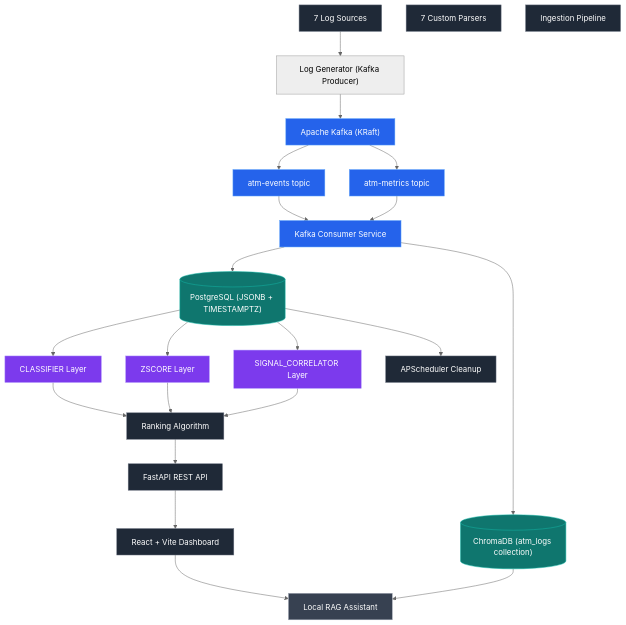
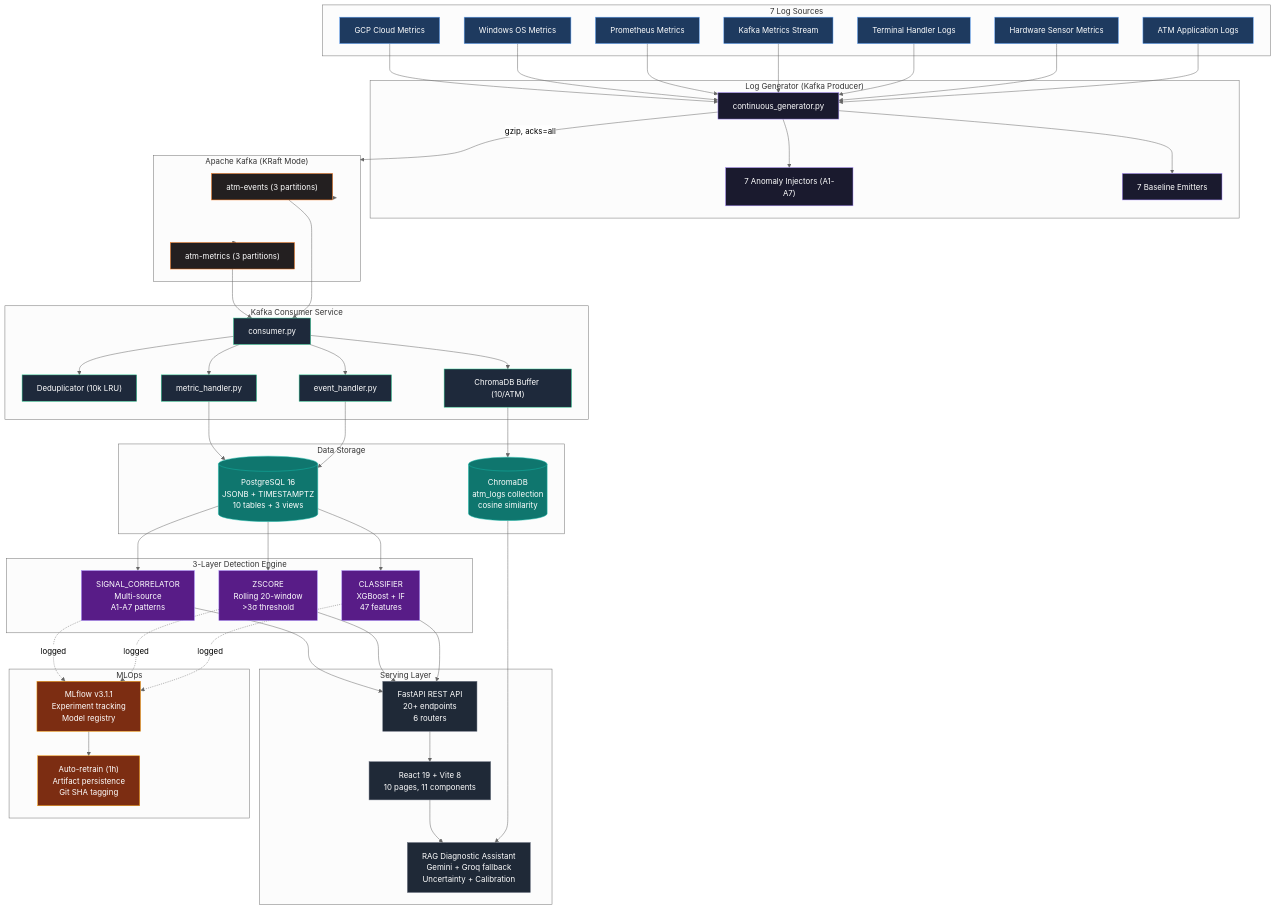
Before and after one commit to AhmedIkram05/laad: the first of 9 diagrams in README.md, drawn with Mermaid (neutral theme). The commit also changed other lines of this file, not shown here.

````diff
--- a/README.md
+++ b/README.md
@@ -50,51 +77,100 @@
 ```mermaid
 flowchart TD
-  S["7 Log Sources"]
-  G["Log Generator (Kafka Producer)"]
-  K["Apache Kafka (KRaft)"]
-  KS["atm-events topic"]
-  KM["atm-metrics topic"]
-  C["Kafka Consumer Service"]
-  P["7 Custom Parsers"]
-  I["Ingestion Pipeline"]
-    DB[("PostgreSQL (JSONB + TIMESTAMPTZ)")]
-  CDB[("ChromaDB (atm_logs collection)")]
-  CLS["CLASSIFIER Layer"]
-  ZSC["ZSCORE Layer"]
-  SCC["SIGNAL_CORRELATOR Layer"]
-  RK["Ranking Algorithm"]
-  CL["APScheduler Cleanup"]
-  API["FastAPI REST API"]
-  UI["React + Vite Dashboard"]
-  RAG["Local RAG Assistant"]
+  subgraph Sources ["7 Log Sources"]
+    S1["ATM Application Logs"]
+    S2["Hardware Sensor Metrics"]
+    S3["Terminal Handler Logs"]
+    S4["Kafka Metrics Stream"]
+    S5["Prometheus Metrics"]
+    S6["Windows OS Metrics"]
+    S7["GCP Cloud Metrics"]
+  end
 
-  S --> G
-  G --> K
-  K --> KS
-  K --> KM
-  KS --> C
+  subgraph Generator ["Log Generator (Kafka Producer)"]
+    G["continuous_generator.py"]
+    AI["7 Anomaly Injectors (A1-A7)"]
+    EM["7 Baseline Emitters"]
+    G --> AI
+    G --> EM
+  end
+
+  subgraph Kafka ["Apache Kafka (KRaft Mode)"]
+    KT["atm-events (3 partitions)"]
+    KM["atm-metrics (3 partitions)"]
+  end
+
+  subgraph Consumer ["Kafka Consumer Service"]
+    C["consumer.py"]
+    DED["Deduplicator (10k LRU)"]
+    EH["event_handler.py"]
+    MH["metric_handler.py"]
+    CB["ChromaDB Buffer (10/ATM)"]
+    C --> DED
+    C --> EH
+    C --> MH
+    C --> CB
+  end
+
+  subgraph Storage ["Data Storage"]
+    PG[("PostgreSQL 16\nJSONB + TIMESTAMPTZ\n10 tables + 3 views")]
+    CDB[("ChromaDB\natm_logs collection\ncosine similarity")]
+  end
+
+  subgraph Detection ["3-Layer Detection Engine"]
+    CLS["CLASSIFIER\nXGBoost + IF\n47 features"]
+    ZSC["ZSCORE\nRolling 20-window\n>3σ threshold"]
+    SCC["SIGNAL_CORRELATOR\nMulti-source\nA1-A7 patterns"]
+  end
+
+  subgraph Serving ["Serving Layer"]
+    API["FastAPI REST API\n20+ endpoints\n6 routers"]
+    UI["React 19 + Vite 8\n10 pages, 11 components"]
+    RAG["RAG Diagnostic Assistant\nGemini + Groq fallback\nUncertainty + Calibration"]
+  end
+
+  subgraph MLOps ["MLOps"]
+    MLF["MLflow v3.1.1\nExperiment tracking\nModel registry"]
+    ART["Auto-retrain (1h)\nArtifact persistence\nGit SHA tagging"]
+  end
+
+  S1 & S2 & S3 & S4 & S5 & S6 & S7 --> G
+  G -->|"gzip, acks=all"| Kafka
+  Kafka --> KT
+  Kafka --> KM
+  KT --> C
   KM --> C
-  C --> DB
-  C --> CDB
-  DB --> CLS
-  DB --> ZSC
-  DB --> SCC
-  CLS --> RK
-  ZSC --> RK
-  SCC --> RK
-  RK --> API --> UI --> RAG
+  EH --> PG
+  MH --> PG
+  CB --> CDB
+  PG --> CLS
+  PG --> ZSC
+  PG --> SCC
+  CLS --> API
+  ZSC --> API
+  SCC --> API
+  API --> UI
   CDB --> RAG
-  DB --> CL
+  UI --> RAG
+  CLS -.->|"logged"| MLF
+  ZSC -.->|"logged"| MLF
+  SCC -.->|"logged"| MLF
+  MLF --> ART
 
-  classDef core fill:#1f2937,stroke:#6b7280,color:#ffffff;
-  classDef db fill:#0f766e,stroke:#14b8a6,color:#ffffff;
-  classDef kafka fill:#2563eb,stroke:#60a5fa,color:#ffffff;
-  classDef det fill:#7c3aed,stroke:#a78bfa,color:#ffffff;
-  classDef ext fill:#374151,stroke:#9ca3af,color:#ffffff;
+  classDef source fill:#1e3a5f,stroke:#60a5fa,color:#ffffff;
+  classDef gen fill:#1a1a2e,stroke:#a78bfa,color:#ffffff;
+  classDef kafka fill:#231f20,stroke:#f97316,color:#ffffff;
+  classDef consumer fill:#1e293b,stroke:#34d399,color:#ffffff;
+  classDef storage fill:#0f766e,stroke:#14b8a6,color:#ffffff;
+  classDef detect fill:#581c87,stroke:#a78bfa,color:#ffffff;
+  classDef serve fill:#1f2937,stroke:#6b7280,color:#ffffff;
+  classDef mlops fill:#7c2d12,stroke:#f59e0b,color:#ffffff;
 
-  class S,P,I,RK,CL,API,UI core;
-  class K,KS,KM,C kafka;
-  class DB,CDB db;
-  class CLS,ZSC,SCC det;
-  class RAG ext;
+  class S1,S2,S3,S4,S5,S6,S7 source;
+  class G,AI,EM gen;
+  class KT,KM kafka;
+  class C,DED,EH,MH,CB consumer;
+  class PG,CDB storage;
+  class CLS,ZSC,SCC detect;
+  class API,UI,RAG serve;
+  class MLF,ART mlops;
 ```
````
